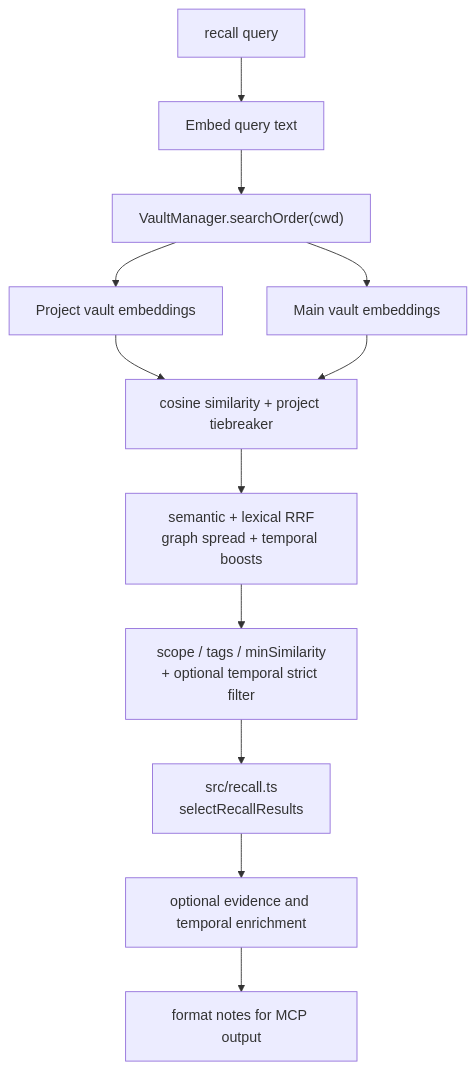
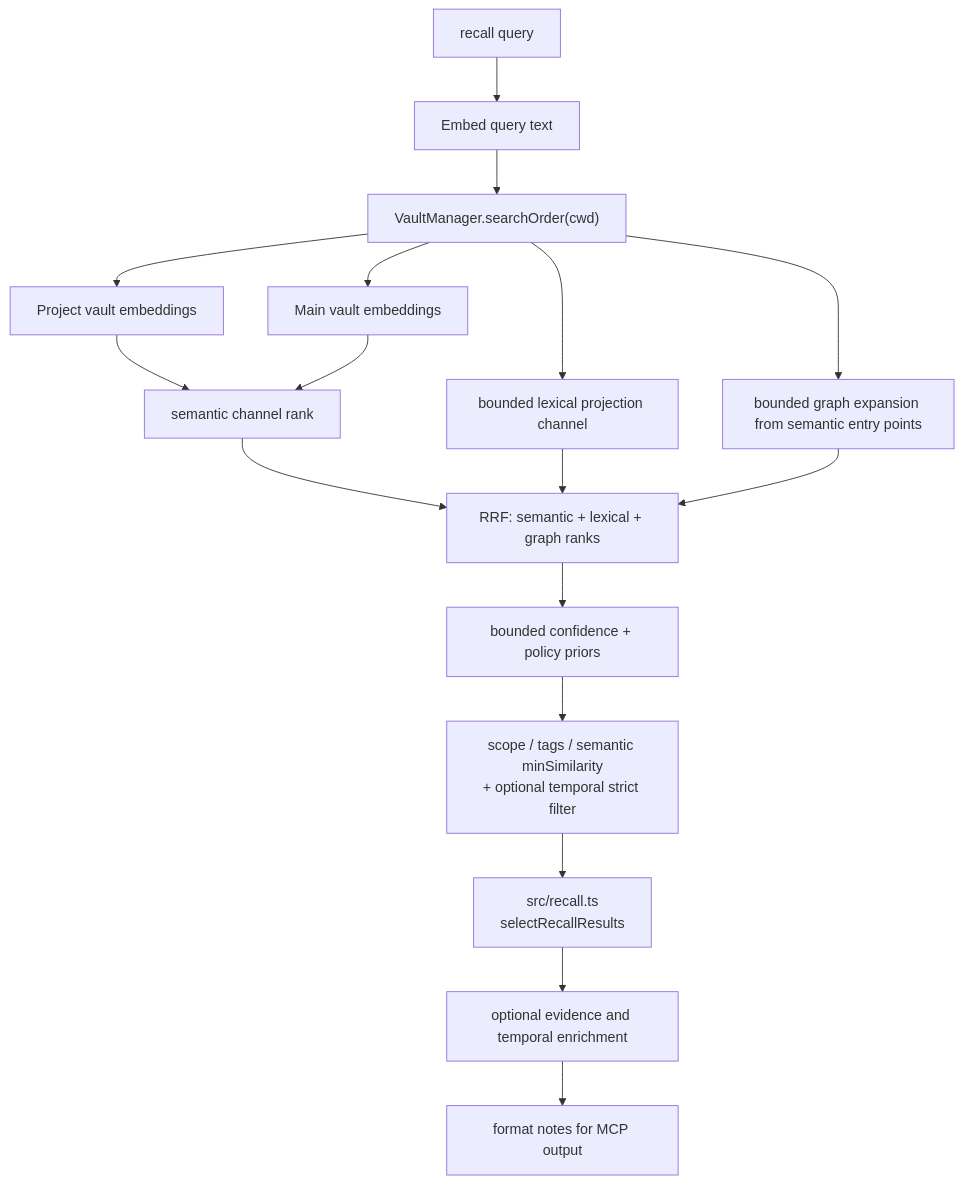
The third of 3 diagrams in ARCHITECTURE.md (danielmarbach/mnemonic), drawn with Mermaid before and after one commit. The commit also changed other lines of this file and 31 other files, not shown here.

First line of the commit message:
Bounded RRF hybrid recall (#279)

````diff
--- a/ARCHITECTURE.md
+++ b/ARCHITECTURE.md
@@ -106,14 +106,19 @@
 ```mermaid
 flowchart TD
     Query[recall query] --> Embed[Embed query text]
     Embed --> Search[VaultManager.searchOrder#40;cwd#41;]
     Search --> ProjectEmbeddings[Project vault embeddings]
     Search --> MainEmbeddings[Main vault embeddings]
-    ProjectEmbeddings --> Score[cosine similarity + project tiebreaker]
-    MainEmbeddings --> Score
-    Score --> Rank[semantic + lexical RRF\ngraph spread + temporal boosts]
-    Rank --> Filter[scope / tags / minSimilarity\n+ optional temporal strict filter]
+    ProjectEmbeddings --> Semantic[semantic channel rank]
+    MainEmbeddings --> Semantic
+    Search --> Lexical[bounded lexical projection channel]
+    Search --> Graph[bounded graph expansion from semantic entry points]
+    Semantic --> Fusion[RRF: semantic + lexical + graph ranks]
+    Lexical --> Fusion
+    Graph --> Fusion
+    Fusion --> Rank[bounded confidence + policy priors]
+    Rank --> Filter[scope / tags / semantic minSimilarity\n+ optional temporal strict filter]
     Filter --> Select[src/recall.ts\nselectRecallResults]
     Select --> Enrich[optional evidence and temporal enrichment]
     Enrich --> Format[format notes for MCP output]
 ```
````
